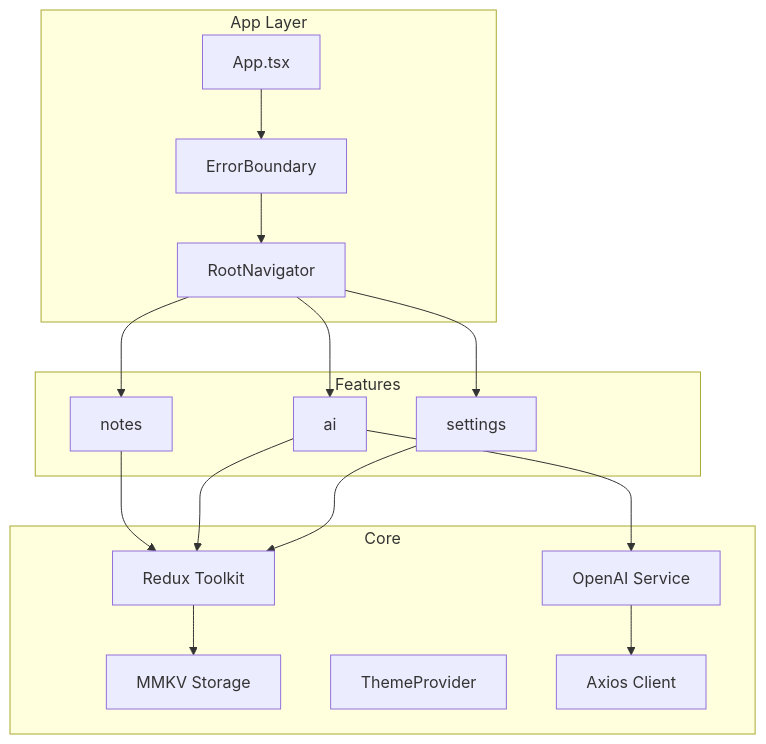
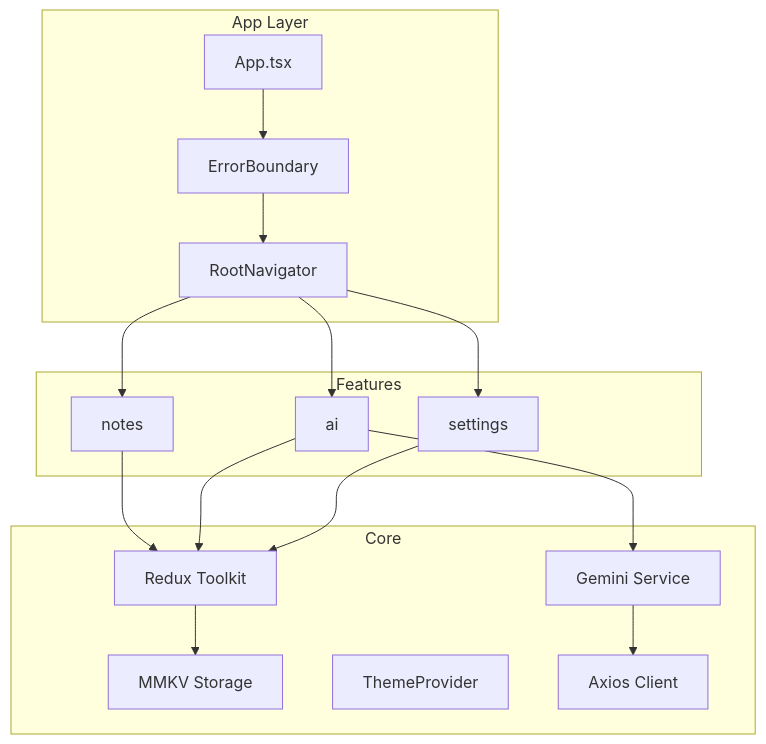
The diagram in README.md (ishapiparsania/neuronote-ai), drawn with Mermaid before and after one commit. The commit also changed other lines of this file and 2 other files, not shown here.

````diff
--- a/README.md
+++ b/README.md
@@ -33,33 +33,33 @@
 ```mermaid
 flowchart TB
   subgraph app [App Layer]
     App[App.tsx]
     EB[ErrorBoundary]
     Nav[RootNavigator]
   end
 
   subgraph features [Features]
     Notes[notes]
     AI[ai]
     Settings[settings]
   end
 
   subgraph core [Core]
     Store[Redux Toolkit]
     MMKV[MMKV Storage]
     Theme[ThemeProvider]
     API[Axios Client]
-    OpenAI[OpenAI Service]
+    Gemini[Gemini Service]
   end
 
   App --> EB --> Nav
   Nav --> Notes
   Nav --> AI
   Nav --> Settings
   Notes --> Store
   AI --> Store
   Settings --> Store
   Store --> MMKV
-  AI --> OpenAI
-  OpenAI --> API
+  AI --> Gemini
+  Gemini --> API
 ```
````
